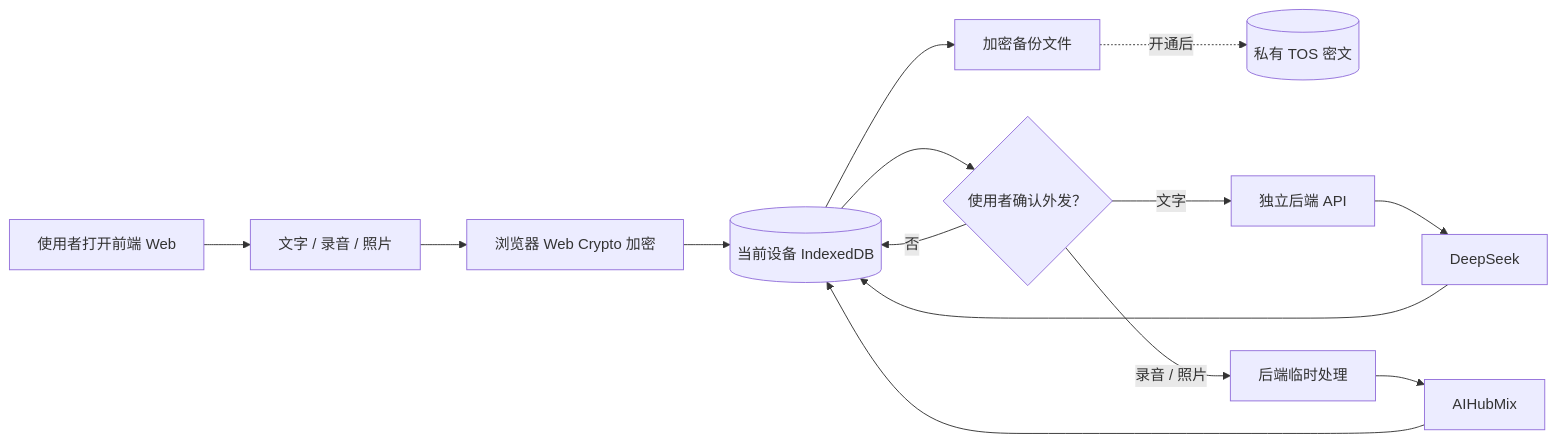
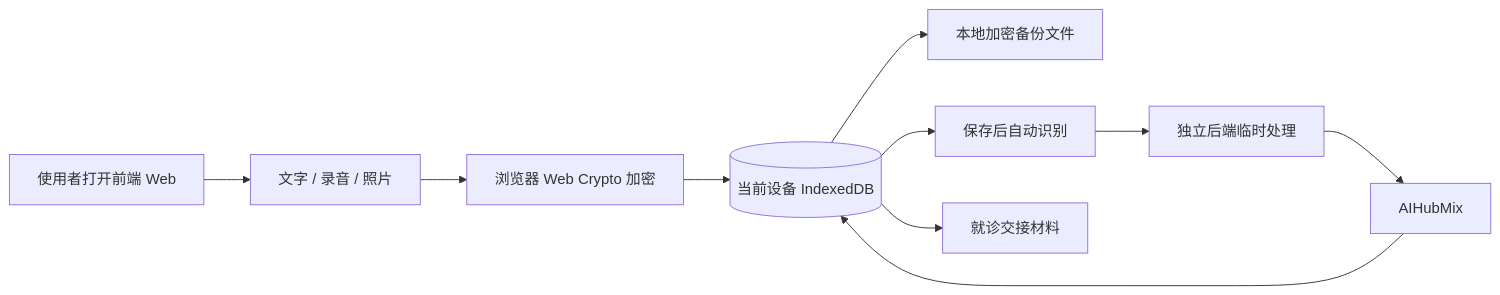
Before and after one commit to Irixil/bing-li-bu-gui-ling: the diagram in README.md, drawn with Mermaid. The commit also changed other lines of this file and 21 other files, not shown here.

````diff
--- a/README.md
+++ b/README.md
@@ -18,14 +18,11 @@
 ```mermaid
 flowchart LR
   P[使用者打开前端 Web] --> U[文字 / 录音 / 照片]
   U --> E[浏览器 Web Crypto 加密]
   E --> I[(当前设备 IndexedDB)]
-  I --> B[加密备份文件]
-  B -. 开通后 .-> T[(私有 TOS 密文)]
-  I --> C{使用者确认外发？}
-  C -- 否 --> I
-  C -- 文字 --> D[独立后端 API] --> DS[DeepSeek]
-  C -- 录音 / 照片 --> A[后端临时处理] --> AH[AIHubMix]
-  DS --> I
+  I --> B[本地加密备份文件]
+  I --> R[保存后自动识别]
+  R --> A[独立后端临时处理] --> AH[AIHubMix]
   AH --> I
+  I --> H[就诊交接材料]
 ```
````
